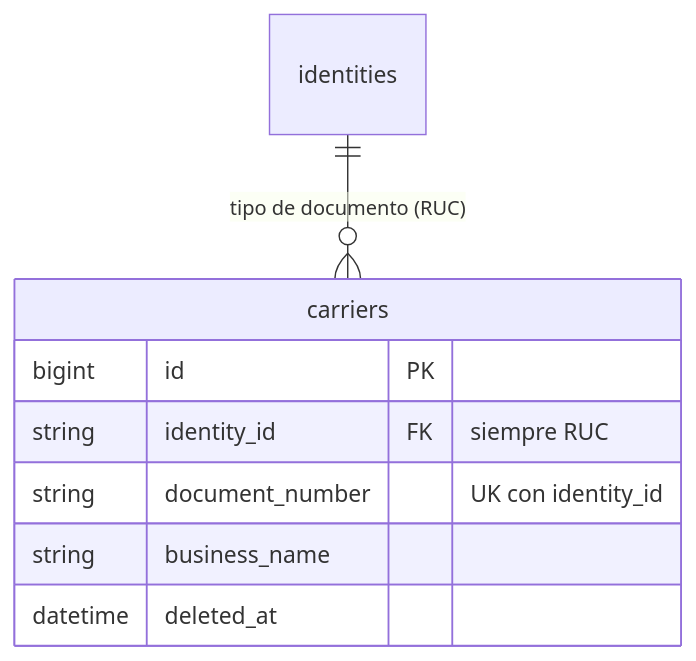
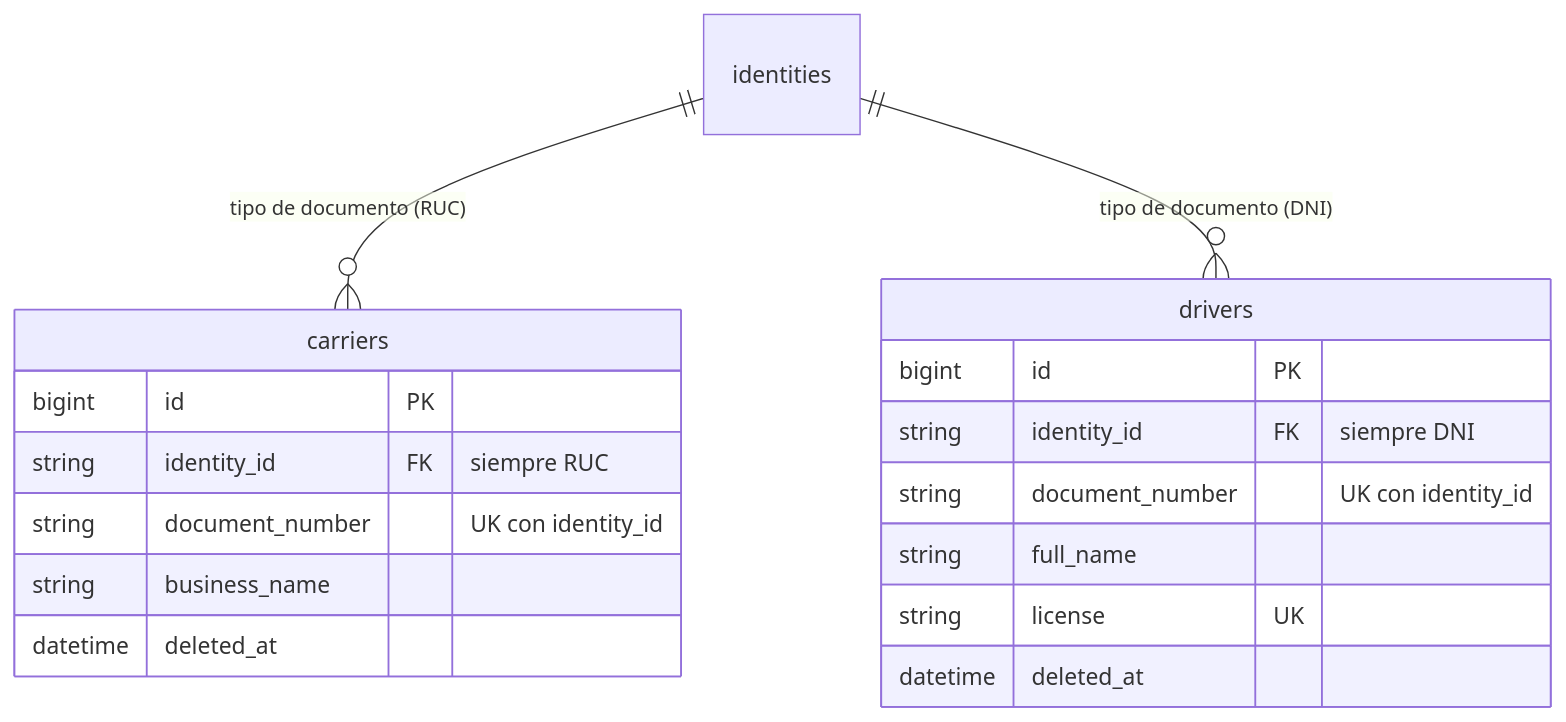
One commit to Cerati1998/SIGLA-TOS changed the fifth of 5 diagrams in docs/database.md. Above: the diagram before and after it, drawn with Mermaid. The commit also changed other lines of this file and 3 other files, not shown here.

````diff
--- a/docs/database.md
+++ b/docs/database.md
@@ -188,12 +189,21 @@
 ```mermaid
 erDiagram
   identities ||--o{ carriers : "tipo de documento (RUC)"
+  identities ||--o{ drivers : "tipo de documento (DNI)"
 
   carriers {
     bigint id PK
     string identity_id FK "siempre RUC"
     string document_number "UK con identity_id"
     string business_name
     datetime deleted_at
   }
+  drivers {
+    bigint id PK
+    string identity_id FK "siempre DNI"
+    string document_number "UK con identity_id"
+    string full_name
+    string license UK
+    datetime deleted_at
+  }
 ```
````
